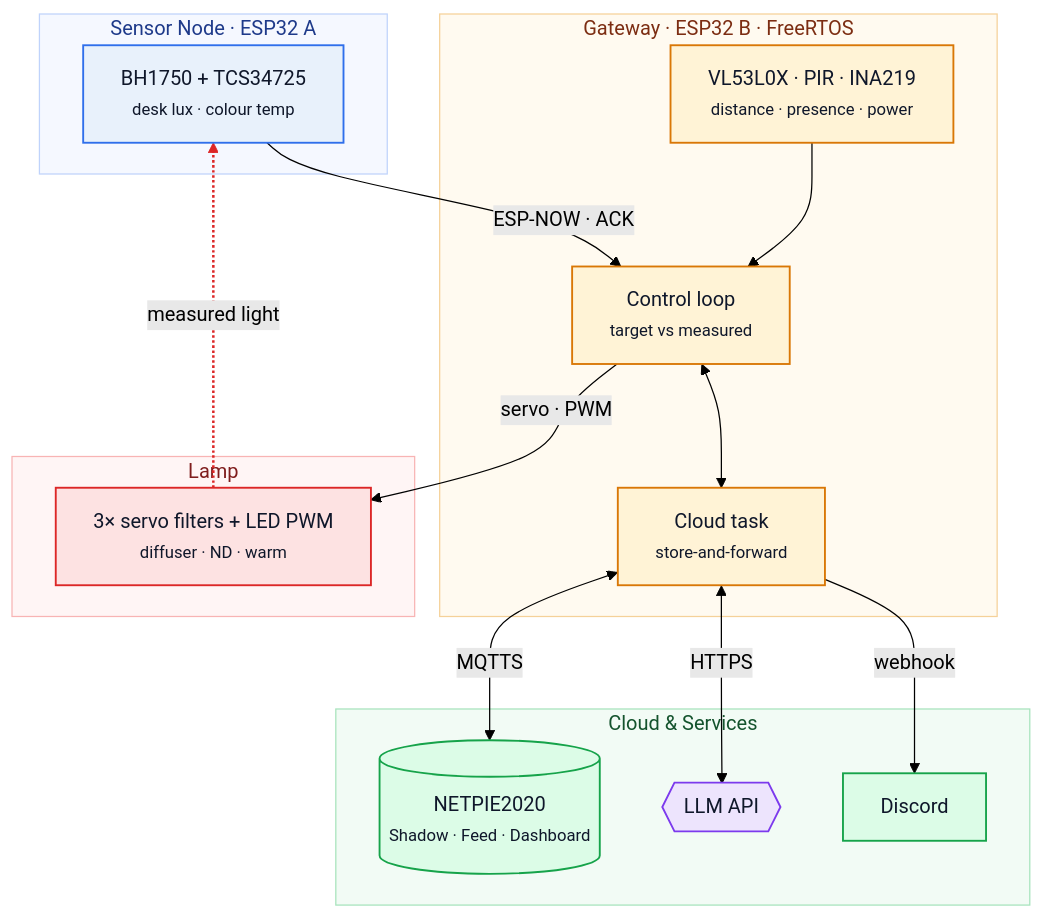
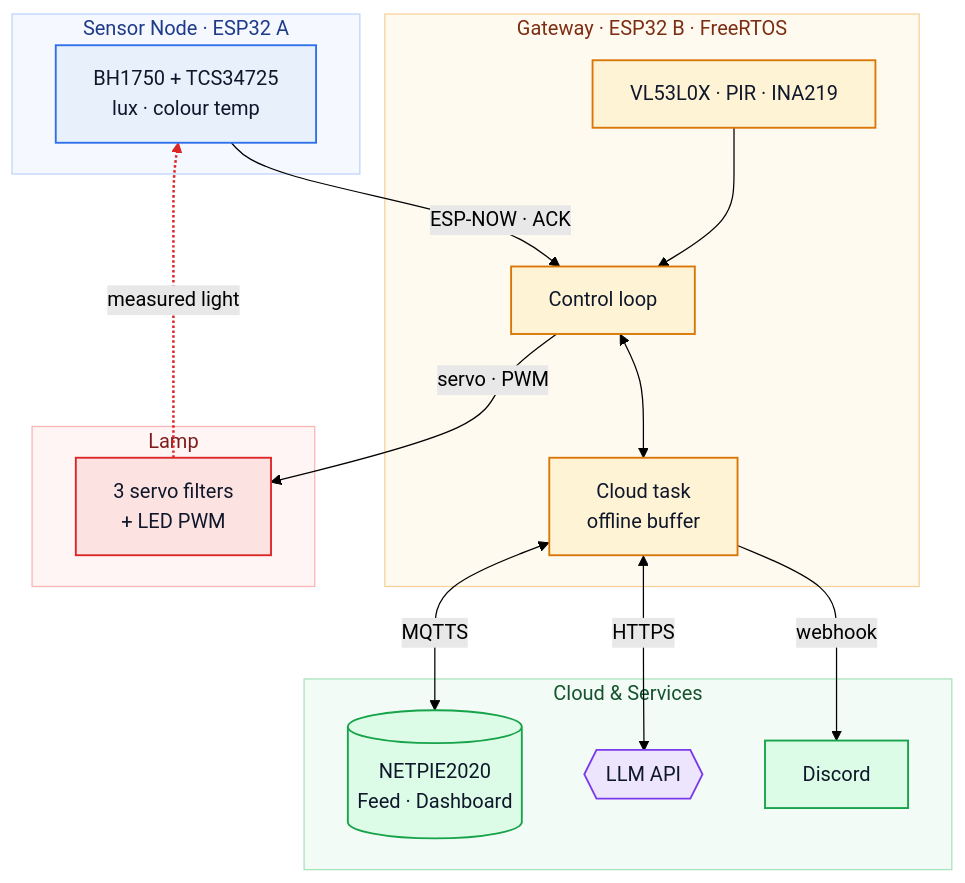
Before and after one commit to E3-Embed/SmartDeskLight: the diagram in README.md, drawn with Mermaid (forest theme).

Commit message:
docs: shorter Mermaid labels so GitHub does not clip them

````diff
--- a/README.md
+++ b/README.md
@@ -26,47 +26,47 @@
 ```mermaid
 flowchart TB
   subgraph NODE["Sensor Node · ESP32 A"]
-    S["BH1750 + TCS34725<br/><small>desk lux · colour temp</small>"]
+    S["BH1750 + TCS34725<br/>lux · colour temp"]
   end
 
   subgraph GW["Gateway · ESP32 B · FreeRTOS"]
-    G1["VL53L0X · PIR · INA219<br/><small>distance · presence · power</small>"]
-    G2["Control loop<br/><small>target vs measured</small>"]
-    G3["Cloud task<br/><small>store-and-forward</small>"]
+    G1["VL53L0X · PIR · INA219"]
+    G2["Control loop"]
+    G3["Cloud task<br/>offline buffer"]
   end
 
   subgraph LAMP["Lamp"]
-    L["3× servo filters + LED PWM<br/><small>diffuser · ND · warm</small>"]
+    L["3 servo filters<br/>+ LED PWM"]
   end
 
   subgraph CLOUD["Cloud & Services"]
-    N[("NETPIE2020<br/><small>Shadow · Feed · Dashboard</small>")]
+    N[("NETPIE2020<br/>Feed · Dashboard")]
     A{{"LLM API"}}
     D["Discord"]
   end
 
   S -->|"ESP-NOW · ACK"| G2
   G1 --> G2
   G2 -->|"servo · PWM"| L
   L -.->|"measured light"| S
   G2 <--> G3
   G3 <-->|"MQTTS"| N
   G3 <-->|"HTTPS"| A
   G3 -->|"webhook"| D
 
   classDef sense fill:#E8F1FB,stroke:#2F6FEB,stroke-width:1.5px,color:#0F172A
   classDef edge fill:#FFF3D6,stroke:#D97706,stroke-width:1.5px,color:#0F172A
   classDef act fill:#FDE2E2,stroke:#DC2626,stroke-width:1.5px,color:#0F172A
   classDef cloud fill:#DCFCE7,stroke:#16A34A,stroke-width:1.5px,color:#0F172A
   classDef ai fill:#EDE4FD,stroke:#7C3AED,stroke-width:1.5px,color:#0F172A
   class S sense
   class G1,G2,G3 edge
   class L act
   class N,D cloud
   class A ai
   style NODE fill:#F5F8FF,stroke:#BFD3FB,color:#1E3A8A
   style GW fill:#FFFAF0,stroke:#F5D199,color:#7C2D12
   style LAMP fill:#FFF5F5,stroke:#F8B4B4,color:#7F1D1D
   style CLOUD fill:#F2FBF5,stroke:#A7E3BC,color:#14532D
   linkStyle 3 stroke:#DC2626,stroke-width:2px
 ```
````
